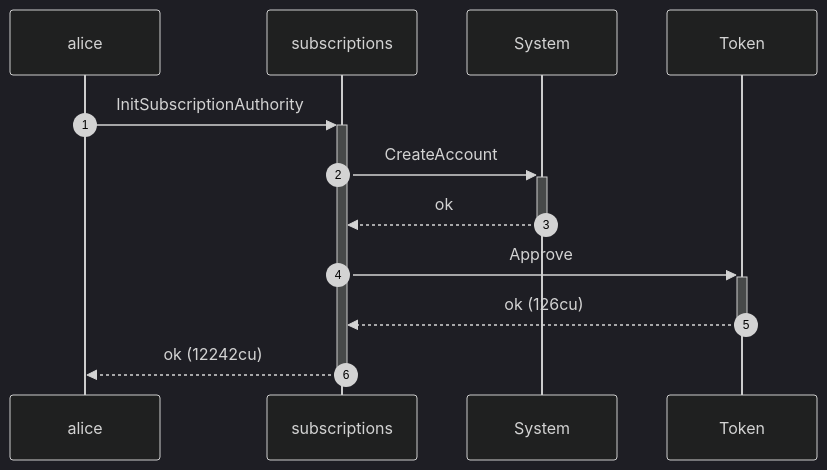
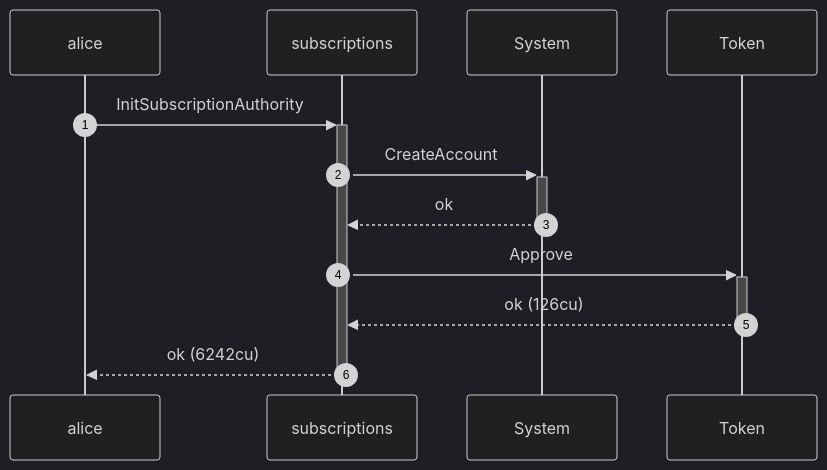
Before and after one commit to cds-rs/subscriptions: the second of 12 diagrams in dsl_tests/cancel-caps-expiry-at-the-plan-end-ts.md, drawn with Mermaid (dark theme). The commit also changed other lines of this file and 224 other files, not shown here.

````diff
--- a/dsl_tests/cancel-caps-expiry-at-the-plan-end-ts.md
+++ b/dsl_tests/cancel-caps-expiry-at-the-plan-end-ts.md
@@ -38,14 +39,14 @@
 ```mermaid
 sequenceDiagram
     autonumber
     participant alice
     participant subscriptions
     participant System
     participant Token
     alice ->>+ subscriptions: InitSubscriptionAuthority
     subscriptions ->>+ System: CreateAccount
     System -->>- subscriptions: ok
     subscriptions ->>+ Token: Approve
     Token -->>- subscriptions: ok (126cu)
-    subscriptions -->>- alice: ok (12242cu)
+    subscriptions -->>- alice: ok (6242cu)
 ```
````
